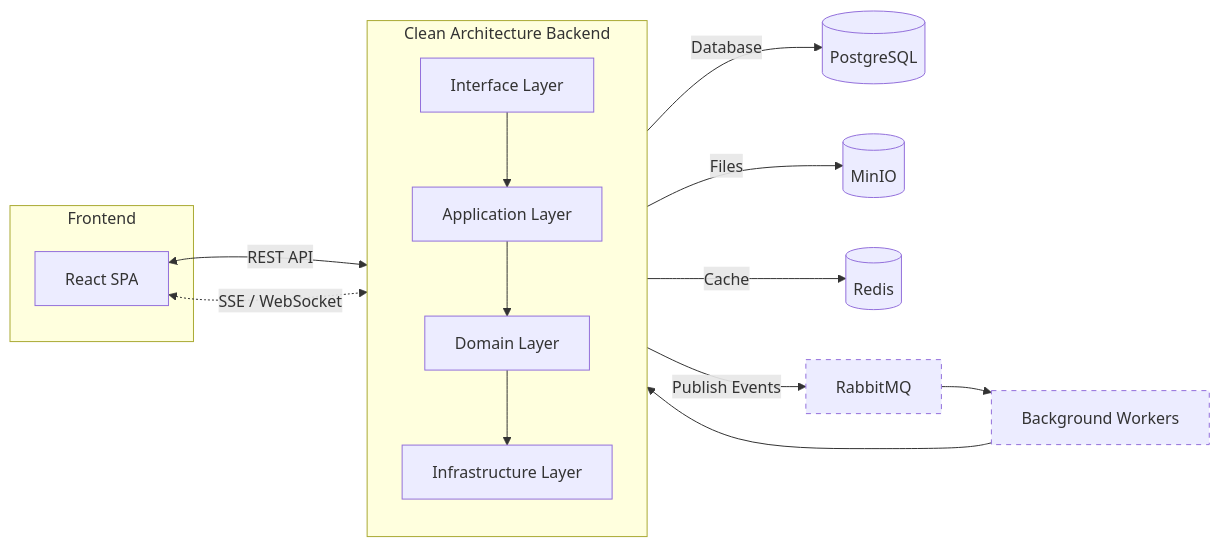
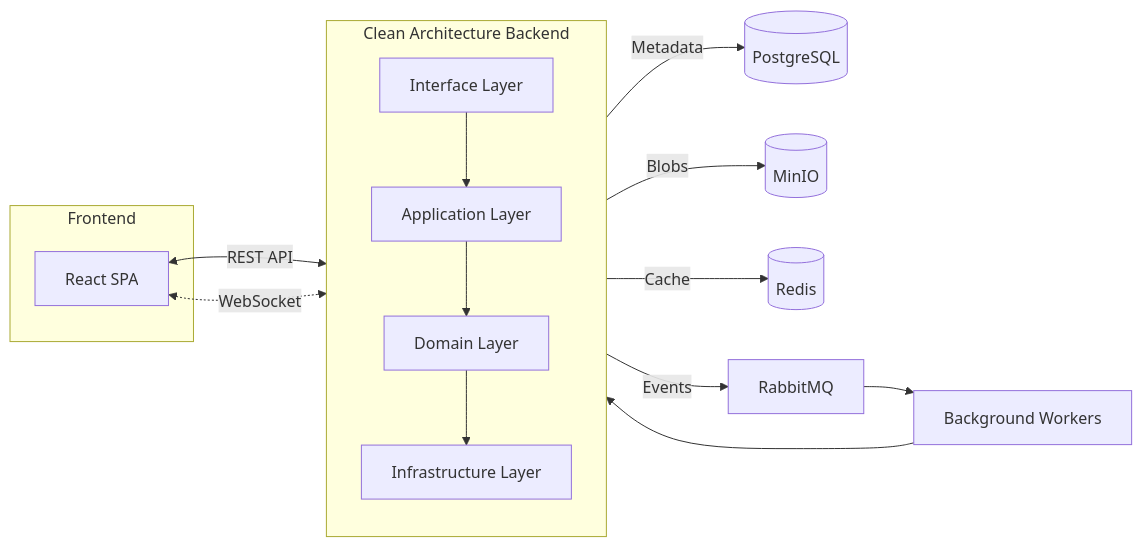
Before and after one commit to ltphat2204/cloud-vault: the diagram in README.md, drawn with Mermaid. The commit also changed other lines of this file and 1 other file, not shown here.

````diff
--- a/README.md
+++ b/README.md
@@ -46,29 +43,26 @@
 ```mermaid
 flowchart LR
     subgraph Frontend
         UI[React SPA]
     end
 
     subgraph Backend [Clean Architecture Backend]
         direction TB
         Interface[Interface Layer]
         App[Application Layer]
         Domain[Domain Layer]
         Infra[Infrastructure Layer]
 
         Interface --> App --> Domain --> Infra
     end
 
     UI <-->|REST API| Interface
-    UI <-.->|SSE / WebSocket| Interface
+    UI <-.->|WebSocket| Interface
 
-    Infra -->|Database| PostgreSQL[(PostgreSQL)]
-    Infra -->|Files| MinIO[(MinIO)]
+    Infra -->|Metadata| PostgreSQL[(PostgreSQL)]
+    Infra -->|Blobs| MinIO[(MinIO)]
     Infra -->|Cache| Redis[(Redis)]
-    Infra -->|Publish Events| RabbitMQ[RabbitMQ]
+    Infra -->|Events| RabbitMQ[RabbitMQ]
     RabbitMQ --> Workers[Background Workers]
     Workers --> Infra
-
-    style RabbitMQ stroke-dasharray: 5 5
-    style Workers stroke-dasharray: 5 5
 ```
````
